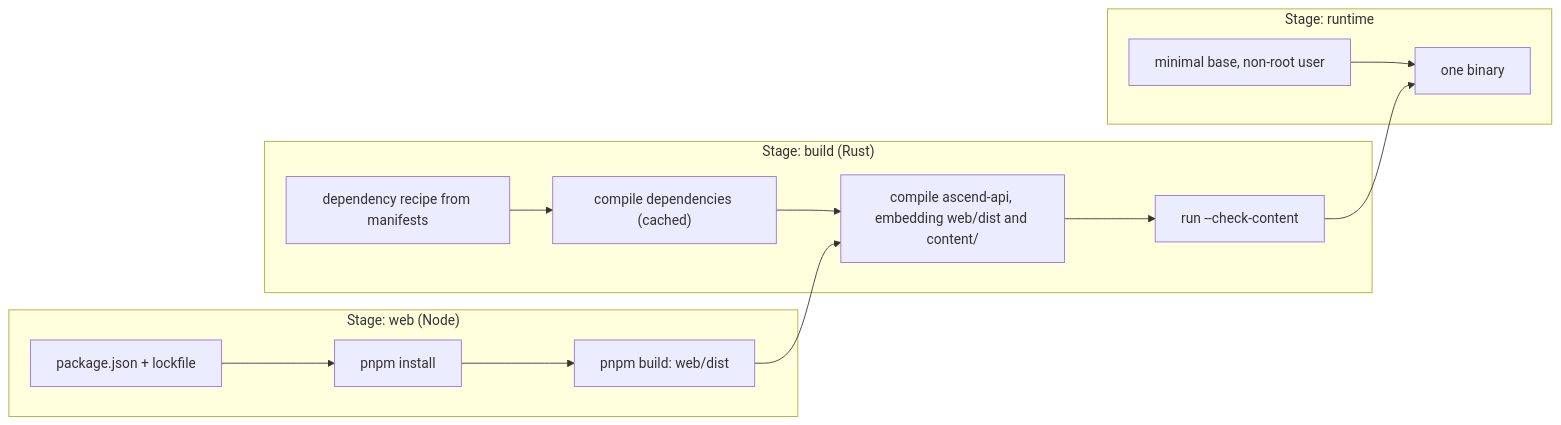
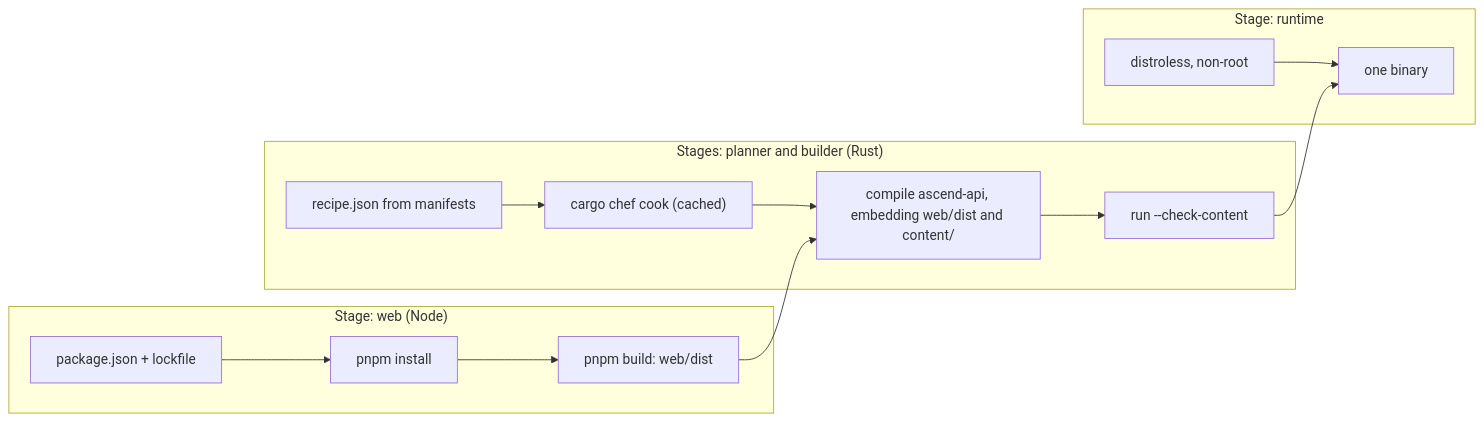
Before and after one commit to thull32/ascend: the diagram in content/tracks/13-senior-craft/01-software-craft/06-containers-and-infrastructure-as-code.md, drawn with Mermaid. The commit also changed other lines of this file and 9 other files, not shown here.

````diff
--- a/content/tracks/13-senior-craft/01-software-craft/06-containers-and-infrastructure-as-code.md
+++ b/content/tracks/13-senior-craft/01-software-craft/06-containers-and-infrastructure-as-code.md
@@ -49,16 +170,16 @@
 ```mermaid
 flowchart LR
   subgraph S1["Stage: web (Node)"]
     A["package.json + lockfile"] --> B["pnpm install"] --> C["pnpm build: web/dist"]
   end
-  subgraph S2["Stage: build (Rust)"]
-    D["dependency recipe from manifests"] --> E["compile dependencies (cached)"]
+  subgraph S2["Stages: planner and builder (Rust)"]
+    D["recipe.json from manifests"] --> E["cargo chef cook (cached)"]
     E --> F["compile ascend-api, embedding web/dist and content/"]
     F --> G["run --check-content"]
   end
   subgraph S3["Stage: runtime"]
-    H["minimal base, non-root user"] --> I["one binary"]
+    H["distroless, non-root"] --> I["one binary"]
   end
   C --> F
   G --> I
 ```
````
